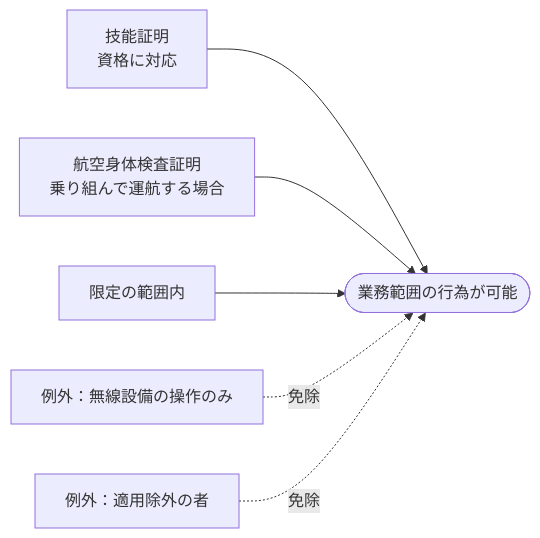
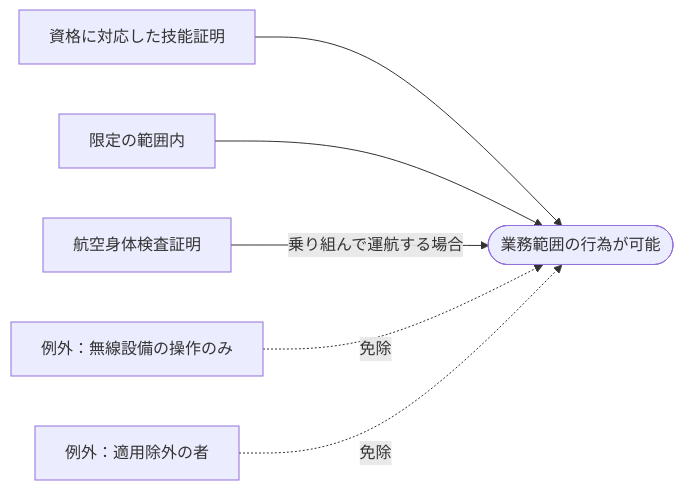
The second of 4 diagrams in chapters/04_第四章.md (yonemotoBB/pil), drawn with Mermaid before and after one commit. The commit also changed other lines of this file, not shown here.

First line of the commit message:
Fix orphan nodes in Article 28 exemption class diagram

````diff
--- a/chapters/04_第四章.md
+++ b/chapters/04_第四章.md
@@ -139,10 +139,11 @@
 ```mermaid
 flowchart LR
-    K["技能証明<br/>資格に対応"]
-    M["航空身体検査証明<br/>乗り組んで運航する場合"]
+    K["資格に対応した技能証明"]
+    M["航空身体検査証明"]
     G["限定の範囲内"]
-    K & M & G --> P(["業務範囲の行為が可能"])
+    K & G --> P(["業務範囲の行為が可能"])
+    M -- 乗り組んで運航する場合 --> P(["業務範囲の行為が可能"])
 
     EX1["例外：無線設備の操作のみ"] -. 免除 .-> P
     EX2["例外：適用除外の者"] -. 免除 .-> P
 ```
````
